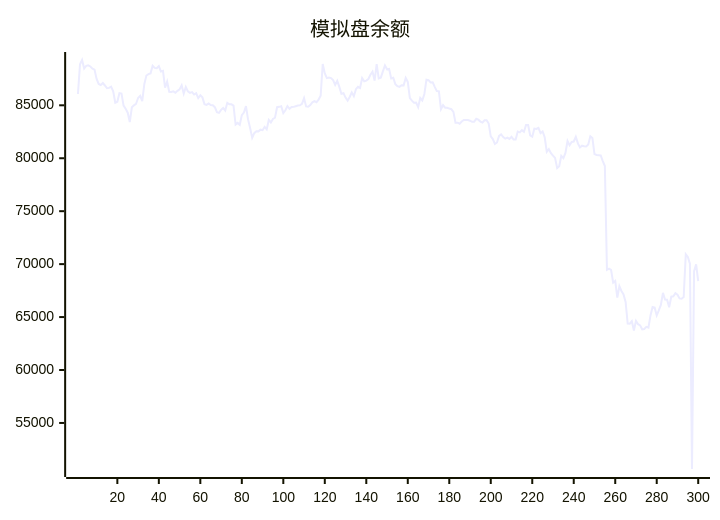
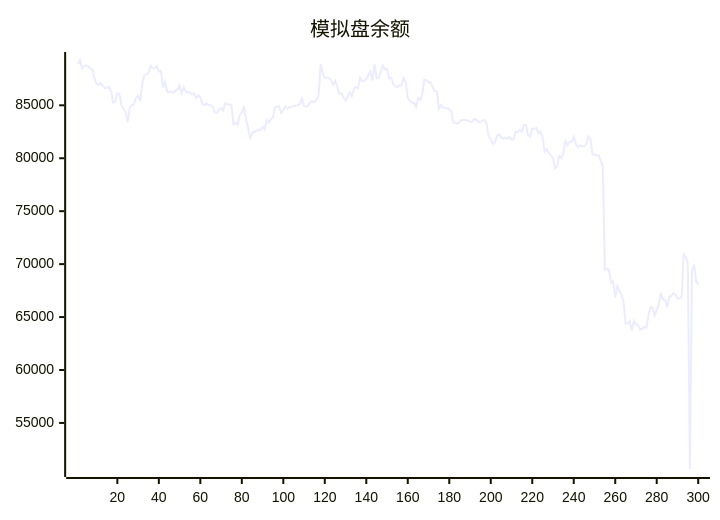
One commit to aahl/ai-trading changed the diagram in README.md. Above: the diagram before and after it, drawn with Mermaid. The commit also changed other lines of this file and 1 other file, not shown here.

````diff
--- a/README.md
+++ b/README.md
@@ -5,5 +5,5 @@
 ```mermaid
 xychart
     title "模拟盘余额"
-    line [86070,88870,89278,88477,88720,88781,88668,88467,88372,87493,87018,86917,87102,86870,86613,86644,86758,86317,85242,85334,86149,86106,84968,84671,84302,83410,84816,85001,85127,85693,85891,85384,87001,87811,87945,88007,88734,88528,88495,88705,88189,88248,86662,87234,86279,86251,86314,86177,86364,86503,86886,86114,86731,86310,86176,86240,86017,86136,85685,85938,85749,85111,85044,85164,85016,85008,84824,84354,84287,84572,84745,84500,85234,85096,85095,84970,83180,83338,83157,84070,84309,84922,83667,82850,81924,82369,82552,82539,82695,82648,82962,82728,83619,83378,83710,83825,84819,84854,84917,84265,84527,84919,84668,84834,84850,84916,84981,85004,85131,85674,84891,84864,85019,85284,85393,85294,85538,85894,88904,88012,87567,87625,87568,87386,86920,87313,86737,86094,86143,85725,85437,85787,86219,85859,86526,86740,86630,87563,87264,87335,87483,87886,88180,87335,88894,87544,87608,88207,88755,88401,88444,87543,87608,87000,86810,86740,86894,86884,87576,87209,85686,85435,85251,85255,84820,85689,85453,86066,87420,87373,87161,87178,86740,86341,86315,84643,85012,84772,84768,84690,84635,84376,83360,83357,83259,83474,83608,83606,83602,83548,83440,83454,83724,83644,83464,83365,83590,83592,83275,82072,81806,81344,81492,82109,82254,82006,81848,81955,81829,82022,81769,81776,82522,82441,82656,82498,83144,83144,82150,82038,82797,82763,82872,82367,82536,81981,80612,80862,80484,80242,80034,79063,79245,80226,80016,80507,81625,81233,81544,81578,82016,81401,81019,81186,81130,81118,81306,82066,81909,80392,80304,80291,80258,79729,79261,69466,69579,69456,68251,68415,66832,67911,67462,67144,66432,64380,64375,64606,63740,64647,64324,64216,63842,63877,64078,64008,65156,65945,65888,65157,65625,66144,67284,66653,66639,65924,66925,66956,67263,67108,66766,66729,66886,70927,70673,70049,50652,69334,69973,68400]
+    line [88870,89278,88477,88720,88781,88668,88467,88372,87493,87018,86917,87102,86870,86613,86644,86758,86317,85242,85334,86149,86106,84968,84671,84302,83410,84816,85001,85127,85693,85891,85384,87001,87811,87945,88007,88734,88528,88495,88705,88189,88248,86662,87234,86279,86251,86314,86177,86364,86503,86886,86114,86731,86310,86176,86240,86017,86136,85685,85938,85749,85111,85044,85164,85016,85008,84824,84354,84287,84572,84745,84500,85234,85096,85095,84970,83180,83338,83157,84070,84309,84922,83667,82850,81924,82369,82552,82539,82695,82648,82962,82728,83619,83378,83710,83825,84819,84854,84917,84265,84527,84919,84668,84834,84850,84916,84981,85004,85131,85674,84891,84864,85019,85284,85393,85294,85538,85894,88904,88012,87567,87625,87568,87386,86920,87313,86737,86094,86143,85725,85437,85787,86219,85859,86526,86740,86630,87563,87264,87335,87483,87886,88180,87335,88894,87544,87608,88207,88755,88401,88444,87543,87608,87000,86810,86740,86894,86884,87576,87209,85686,85435,85251,85255,84820,85689,85453,86066,87420,87373,87161,87178,86740,86341,86315,84643,85012,84772,84768,84690,84635,84376,83360,83357,83259,83474,83608,83606,83602,83548,83440,83454,83724,83644,83464,83365,83590,83592,83275,82072,81806,81344,81492,82109,82254,82006,81848,81955,81829,82022,81769,81776,82522,82441,82656,82498,83144,83144,82150,82038,82797,82763,82872,82367,82536,81981,80612,80862,80484,80242,80034,79063,79245,80226,80016,80507,81625,81233,81544,81578,82016,81401,81019,81186,81130,81118,81306,82066,81909,80392,80304,80291,80258,79729,79261,69466,69579,69456,68251,68415,66832,67911,67462,67144,66432,64380,64375,64606,63740,64647,64324,64216,63842,63877,64078,64008,65156,65945,65888,65157,65625,66144,67284,66653,66639,65924,66925,66956,67263,67108,66766,66729,66886,70927,70673,70049,50652,69334,69973,68400,68061]
 ```
````
